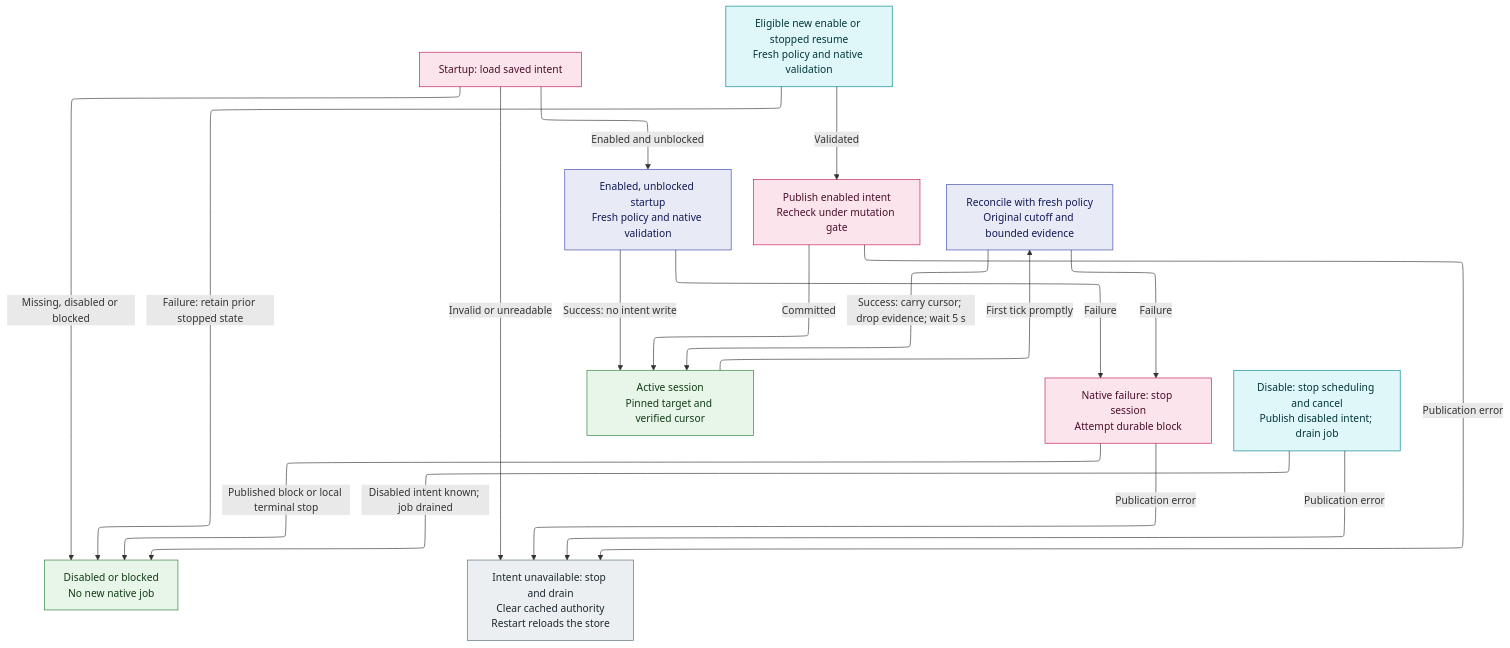
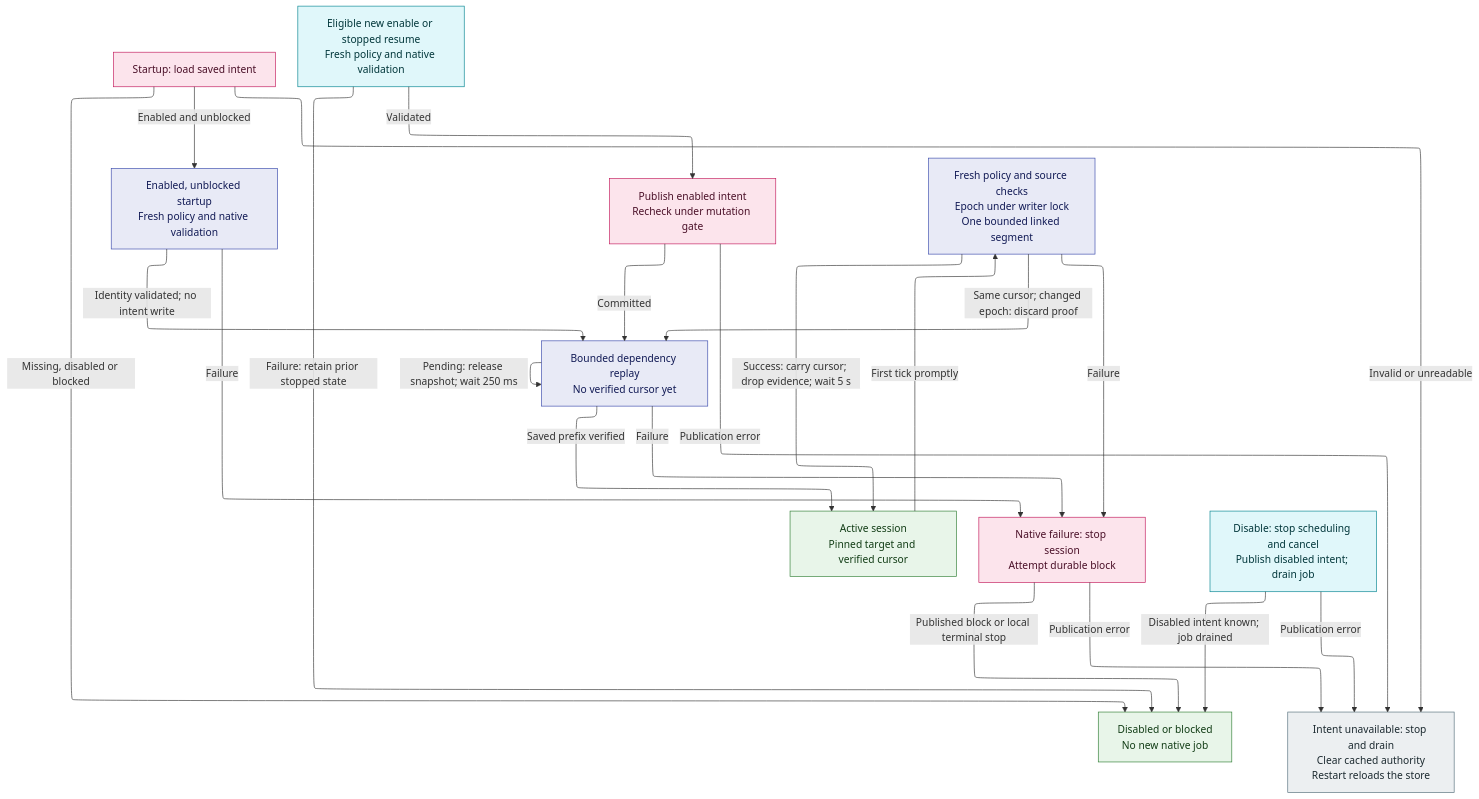
The diagram in docs/architecture/diagrams/jj-daemon-observation.mmd (woud420/git-ai), drawn with Mermaid before and after one commit. The commit also changed 45 other files, not shown here.

First line of the commit message:
Resume native JJ observation through verified linked segments

```diff
--- a/docs/architecture/diagrams/jj-daemon-observation.mmd
+++ b/docs/architecture/diagrams/jj-daemon-observation.mmd
@@ -1,43 +1,48 @@
 ---
 config:
   layout: elk
 ---
 flowchart TD
     boot["Startup: load saved intent"]
     start["Enabled, unblocked startup<br/>Fresh policy and native validation"]
     control["Eligible new enable or stopped resume<br/>Fresh policy and native validation"]
     publish["Publish enabled intent<br/>Recheck under mutation gate"]
+    replay["Bounded dependency replay<br/>No verified cursor yet"]
     active["Active session<br/>Pinned target and verified cursor"]
-    tick["Reconcile with fresh policy<br/>Original cutoff and bounded evidence"]
+    tick["Fresh policy and source checks<br/>Epoch under writer lock<br/>One bounded linked segment"]
     block["Native failure: stop session<br/>Attempt durable block"]
     stopped["Disabled or blocked<br/>No new native job"]
     disable["Disable: stop scheduling and cancel<br/>Publish disabled intent; drain job"]
     unknown["Intent unavailable: stop and drain<br/>Clear cached authority<br/>Restart reloads the store"]
 
     boot -->|Enabled and unblocked| start
     boot -->|Missing, disabled or blocked| stopped
     boot -->|Invalid or unreadable| unknown
-    start -->|Success: no intent write| active
+    start -->|Identity validated; no intent write| replay
     start -->|Failure| block
     control -->|Validated| publish
     control -->|Failure: retain prior stopped state| stopped
-    publish -->|Committed| active
+    publish -->|Committed| replay
     publish -->|Publication error| unknown
     active -->|First tick promptly| tick
+    replay -->|Pending: release snapshot; wait 250 ms| replay
+    replay -->|Saved prefix verified| active
+    replay -->|Failure| block
     tick -->|Success: carry cursor; drop evidence; wait 5 s| active
+    tick -->|Same cursor; changed epoch: discard proof| replay
     tick -->|Failure| block
     block -->|Published block or local terminal stop| stopped
     block -->|Publication error| unknown
     disable -->|Disabled intent known; job drained| stopped
     disable -->|Publication error| unknown
 
     classDef ui fill:#E0F7FA,stroke:#00838F,color:#00363A
     classDef service fill:#E8F5E9,stroke:#2E7D32,color:#123D16
     classDef job fill:#E8EAF6,stroke:#3949AB,color:#111A55
     classDef storage fill:#FCE4EC,stroke:#C2185B,color:#4A1028
     classDef external fill:#ECEFF1,stroke:#546E7A,color:#1C2A30
     class control,disable ui
     class active,stopped service
-    class start,tick job
+    class start,tick,replay job
     class boot,publish,block storage
     class unknown external
```
